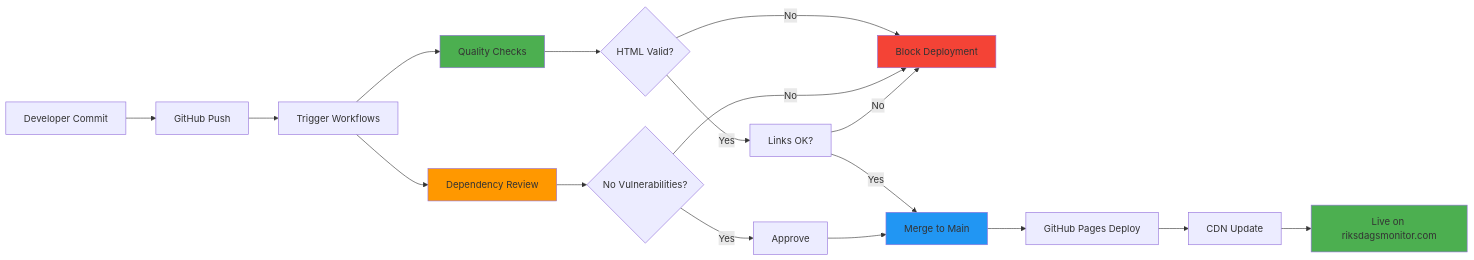
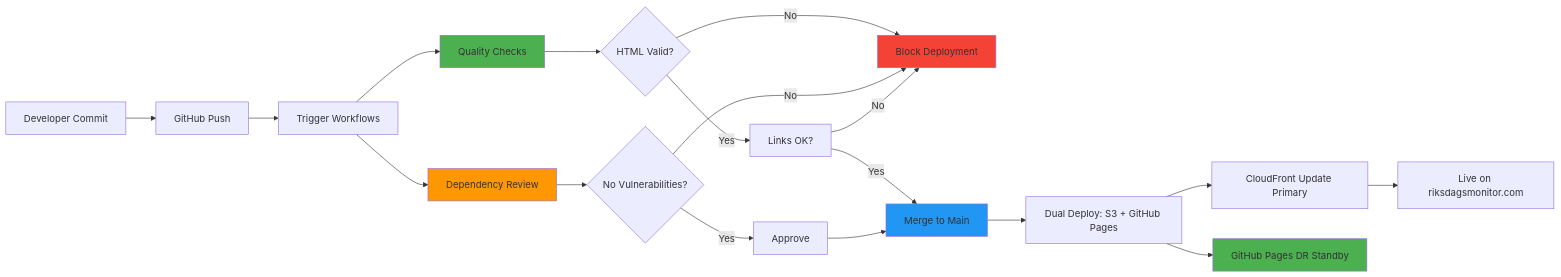
The third of 11 diagrams in ARCHITECTURE.md (Hack23/riksdagsmonitor), drawn with Mermaid before and after one commit. The commit also changed other lines of this file and 2 other files, not shown here.

Commit message:
Address final 3 comments: URL-encode badges, fix Mermaid diagram, update Content Delivery Flow to AWS

````diff
--- a/ARCHITECTURE.md
+++ b/ARCHITECTURE.md
@@ -138,31 +143,32 @@
 ```mermaid
 graph LR
     A[Developer Commit] --> B[GitHub Push]
     B --> C[Trigger Workflows]
     
     C --> D[Quality Checks]
     C --> E[Dependency Review]
     
     D --> F{HTML Valid?}
     E --> G{No Vulnerabilities?}
     
     F -->|Yes| H[Links OK?]
     F -->|No| I[Block Deployment]
     
     G -->|Yes| J[Approve]
     G -->|No| I
     
     H -->|Yes| K[Merge to Main]
     H -->|No| I
     
     J --> K
-    K --> L[GitHub Pages Deploy]
-    L --> M[CDN Update]
-    M --> N[Live on riksdagsmonitor.com]
+    K --> L[Dual Deploy: S3 + GitHub Pages]
+    L --> M[CloudFront Update Primary]
+    L --> N[GitHub Pages DR Standby]
+    M --> O[Live on riksdagsmonitor.com]
     
     style D fill:#4caf50
     style E fill:#ff9800
     style K fill:#2196f3
     style I fill:#f44336
     style N fill:#4caf50
 ```
````
